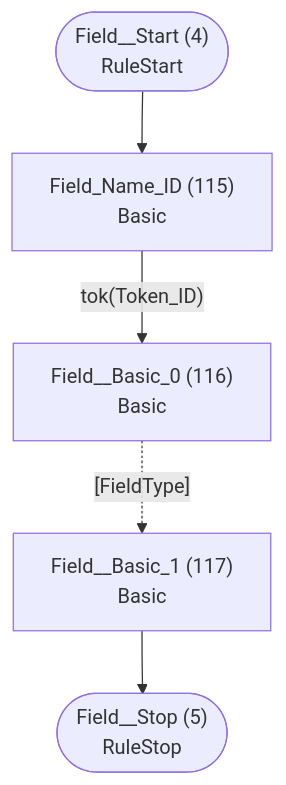
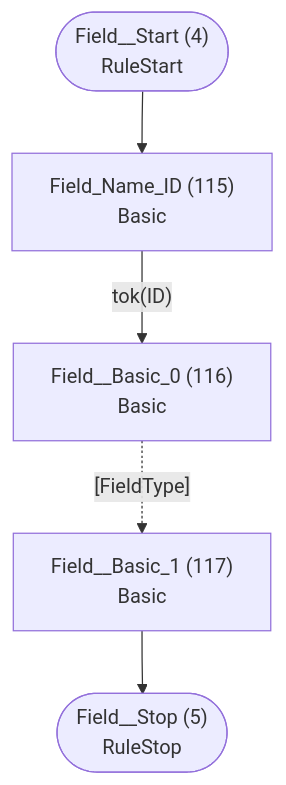
One commit to TypeFox/fastbelt changed the third of 37 diagrams in internal/grammar/atn.md. Above: the diagram before and after it, drawn with Mermaid. The commit also changed other lines of this file and 3 other files, not shown here.

````diff
--- a/internal/grammar/atn.md
+++ b/internal/grammar/atn.md
@@ -117,13 +117,13 @@
 ```mermaid
 flowchart TD
     q4(["Field__Start (4)<br/>RuleStart"])
     q5(["Field__Stop (5)<br/>RuleStop"])
     q115["Field_Name_ID (115)<br/>Basic<br/>"]
     q116["Field__Basic_0 (116)<br/>Basic<br/>"]
     q117["Field__Basic_1 (117)<br/>Basic<br/>"]
 
     q4 --> q115
-    q115 -->|"tok(Token_ID)"| q116
+    q115 -->|"tok(ID)"| q116
     q116 -.->|"[FieldType]"| q117
     q117 --> q5
 ```
````
